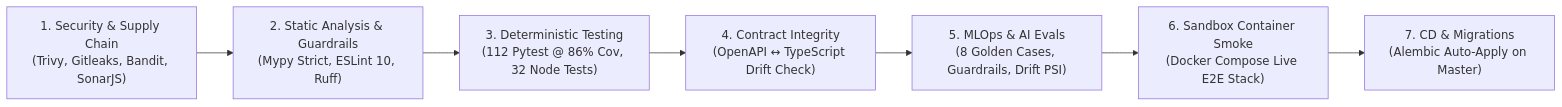
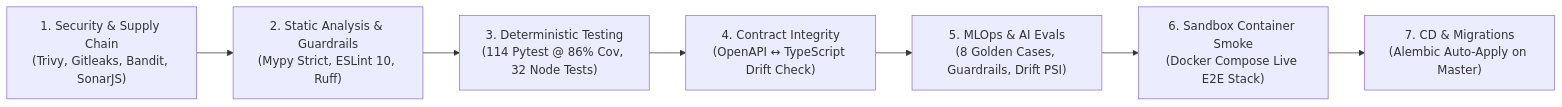
Before and after one commit to thiago-terceiro/sentinelflow: the diagram in sentinelflow/OVERVIEW.md, drawn with Mermaid. The commit also changed other lines of this file and 19 other files, not shown here.

Commit message:
docs & hardening: update architectural review journey, add cold-seeded resume fallback, expand db pool, and harden a11y focus traps

````diff
--- a/sentinelflow/OVERVIEW.md
+++ b/sentinelflow/OVERVIEW.md
@@ -9,9 +9,9 @@
 ```mermaid
 flowchart LR
     A["1. Security & Supply Chain\n(Trivy, Gitleaks, Bandit, SonarJS)"] --> B["2. Static Analysis & Guardrails\n(Mypy Strict, ESLint 10, Ruff)"]
-    B --> C["3. Deterministic Testing\n(112 Pytest @ 86% Cov, 32 Node Tests)"]
+    B --> C["3. Deterministic Testing\n(114 Pytest @ 86% Cov, 32 Node Tests)"]
     C --> D["4. Contract Integrity\n(OpenAPI ↔ TypeScript Drift Check)"]
     D --> E["5. MLOps & AI Evals\n(8 Golden Cases, Guardrails, Drift PSI)"]
     E --> F["6. Sandbox Container Smoke\n(Docker Compose Live E2E Stack)"]
     F --> G["7. CD & Migrations\n(Alembic Auto-Apply on Master)"]
 ```
````
